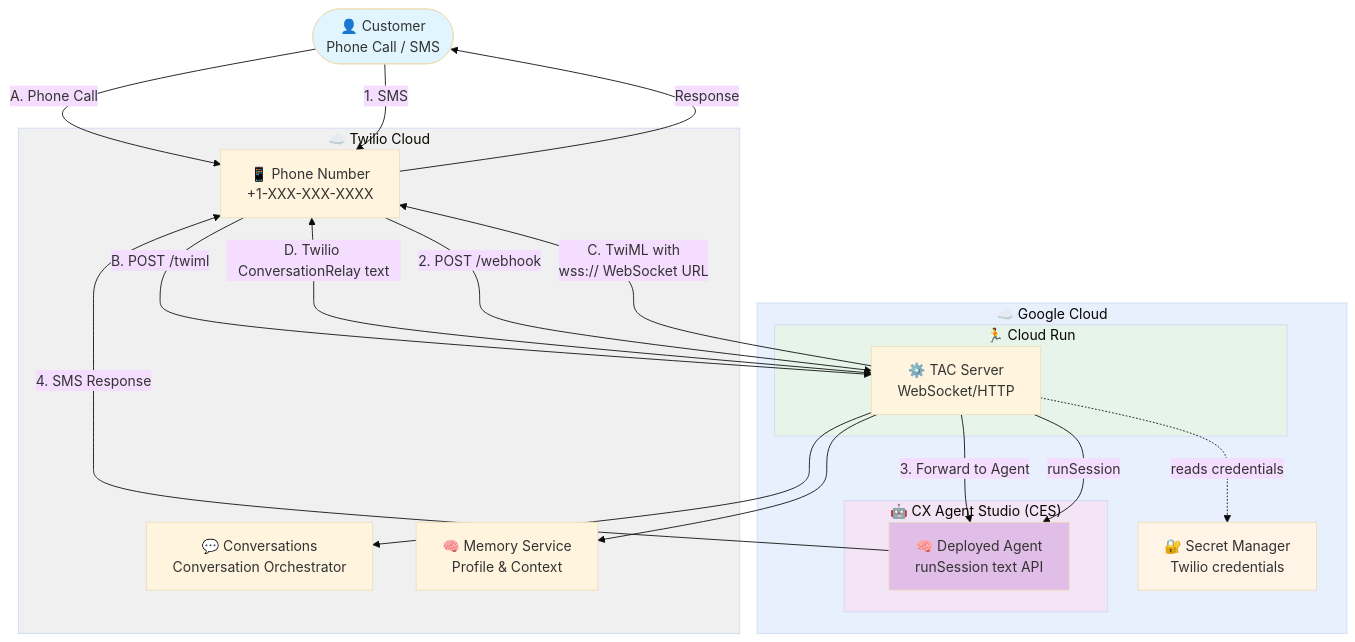
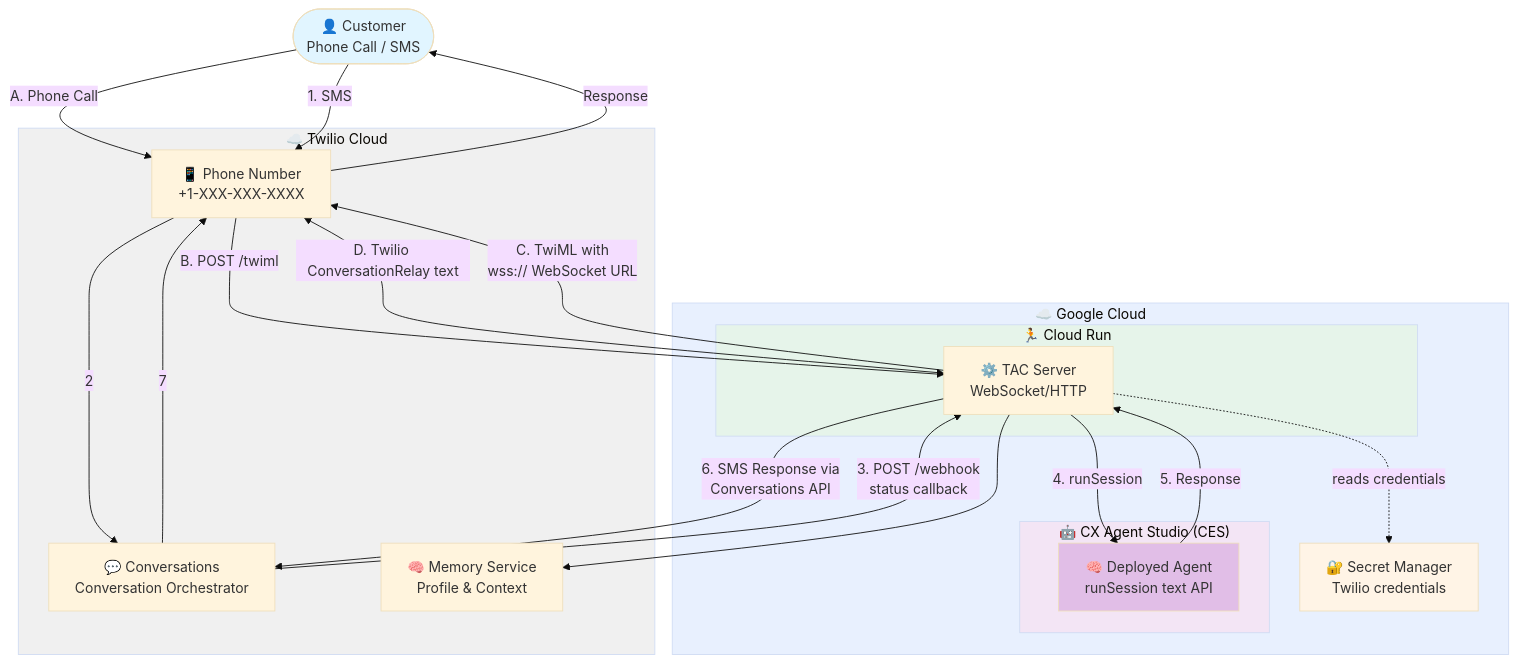
Before and after one commit to twilio/twilio-agent-connect-google: the diagram in deploy/cx_agent_studio/README.md, drawn with Mermaid (base theme).

Commit message:
Fix SMS flow in cx_agent_studio architecture diagram
SMS doesn't hit the TAC server directly from the phone number — it flows
through the Conversation Orchestrator status callback, both inbound and
for sending the reply. Update the mermaid diagram's messaging flow to
route through Orchestrator in both directions, matching how SMS actually
works elsewhere in these docs.

````diff
--- a/deploy/cx_agent_studio/README.md
+++ b/deploy/cx_agent_studio/README.md
@@ -22,50 +22,51 @@
 ```mermaid
 graph TB
     Customer([👤 Customer<br/>Phone Call / SMS])
 
     subgraph Twilio["☁️ Twilio Cloud"]
         Phone[📱 Phone Number<br/>+1-XXX-XXX-XXXX]
         Orchestrator[💬 Conversations<br/>Conversation Orchestrator]
         Memory[🧠 Memory Service<br/>Profile & Context]
     end
 
     subgraph GCP["☁️ Google Cloud"]
         subgraph CloudRun["🏃 Cloud Run"]
             Server[⚙️ TAC Server<br/>WebSocket/HTTP]
         end
 
         subgraph CES["🤖 CX Agent Studio (CES)"]
             Agent[🧠 Deployed Agent<br/>runSession text API]
         end
 
         Secret[🔐 Secret Manager<br/>Twilio credentials]
     end
 
     %% Voice Channel Flow (A-D)
     Customer -->|A. Phone Call| Phone
     Phone -->|B. POST /twiml| Server
     Server -->|C. TwiML with<br/>wss:// WebSocket URL| Phone
     Phone <-->|D. Twilio ConversationRelay text| Server
 
-    %% Messaging Channel Flow (1-4)
+    %% Messaging Channel Flow (1-7)
     Customer -->|1. SMS| Phone
-    Phone -->|2. POST /webhook| Server
-    Server -->|3. Forward to Agent| Agent
-    Agent -->|4. SMS Response| Phone
+    Phone -->|2| Orchestrator
+    Orchestrator -->|3. POST /webhook<br/>status callback| Server
+    Server -->|4. runSession| Agent
+    Agent -->|5. Response| Server
+    Server -->|6. SMS Response via<br/>Conversations API| Orchestrator
+    Orchestrator -->|7| Phone
 
     %% Cloud Run integrations
-    Server -->|runSession| Agent
     Server -.->|reads credentials| Secret
-    Server --> Orchestrator
     Server --> Memory
 
     Phone -->|Response| Customer
 
     style Customer fill:#e1f5ff
     style Twilio fill:#f0f0f0
     style GCP fill:#e8f0fe
     style CloudRun fill:#e6f4ea
     style CES fill:#f3e5f5
     style Agent fill:#e1bee7
     style Secret fill:#fff4e6
 ```
````
